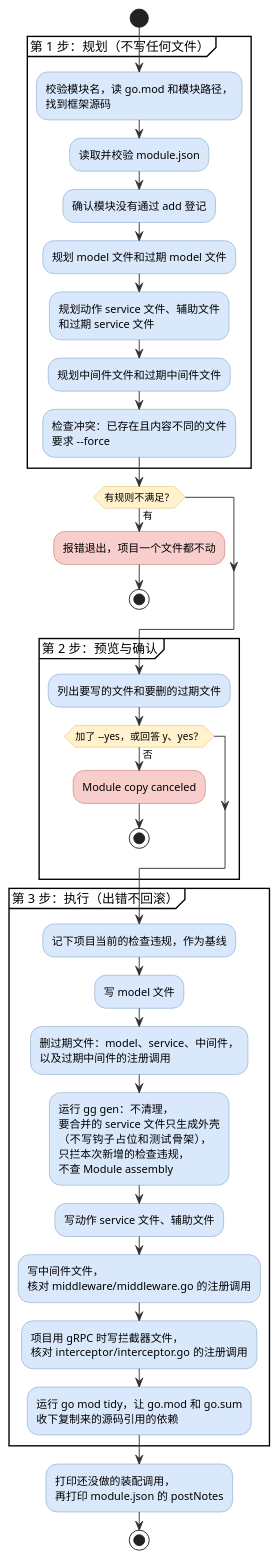
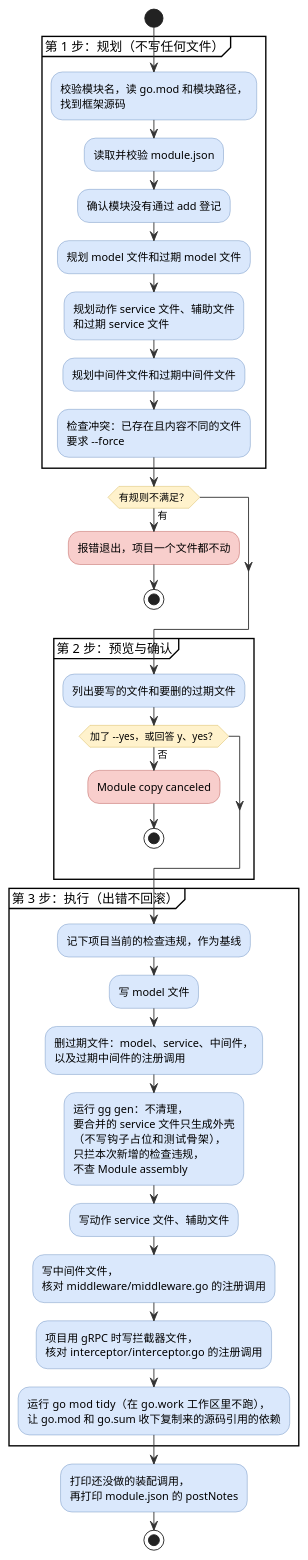
Before and after one commit to hydroan/gst: the first of 2 diagrams in cmd/gg/MODULE.md, drawn with PlantUML. The commit also changed other lines of this file and 6 other files, not shown here.

First line of the commit message:
fix(gg): skip go mod tidy in a Go workspace, whose go.work it does not read

````diff
--- a/cmd/gg/MODULE.md
+++ b/cmd/gg/MODULE.md
@@ -88,59 +88,59 @@
 ```plantuml
 @startuml
 skinparam activity {
   BackgroundColor #dae8fc
   BorderColor #6c8ebf
   ArrowColor #333333
   DiamondBackgroundColor #fff2cc
   DiamondBorderColor #d6b656
   BackgroundColor<<cancel>> #f8cecc
   BorderColor<<cancel>> #b85450
 }
 
 start
 partition "第 1 步：规划（不写任何文件）" {
   :校验模块名，读 go.mod 和模块路径，
   找到框架源码;
   :读取并校验 module.json;
   :确认模块没有通过 add 登记;
   :规划 model 文件和过期 model 文件;
   :规划动作 service 文件、辅助文件
   和过期 service 文件;
   :规划中间件文件和过期中间件文件;
   :检查冲突：已存在且内容不同的文件
   要求 --force;
 }
 if (有规则不满足？) then (有)
   :报错退出，项目一个文件都不动; <<cancel>>
   stop
 endif
 partition "第 2 步：预览与确认" {
   :列出要写的文件和要删的过期文件;
   if (加了 --yes，或回答 y、yes？) then (否)
     :Module copy canceled; <<cancel>>
     stop
   endif
 }
 partition "第 3 步：执行（出错不回滚）" {
   :记下项目当前的检查违规，作为基线;
   :写 model 文件;
   :删过期文件：model、service、中间件，
   以及过期中间件的注册调用;
   :运行 gg gen：不清理，
   要合并的 service 文件只生成外壳
   （不写钩子占位和测试骨架），
   只拦本次新增的检查违规，
   不查 Module assembly;
   :写动作 service 文件、辅助文件;
   :写中间件文件，
   核对 middleware/middleware.go 的注册调用;
   :项目用 gRPC 时写拦截器文件，
   核对 interceptor/interceptor.go 的注册调用;
-  :运行 go mod tidy，让 go.mod 和 go.sum
-  收下复制来的源码引用的依赖;
+  :运行 go mod tidy（在 go.work 工作区里不跑），
+  让 go.mod 和 go.sum 收下复制来的源码引用的依赖;
 }
 :打印还没做的装配调用，
 再打印 module.json 的 postNotes;
 stop
 @enduml
 ```
````
